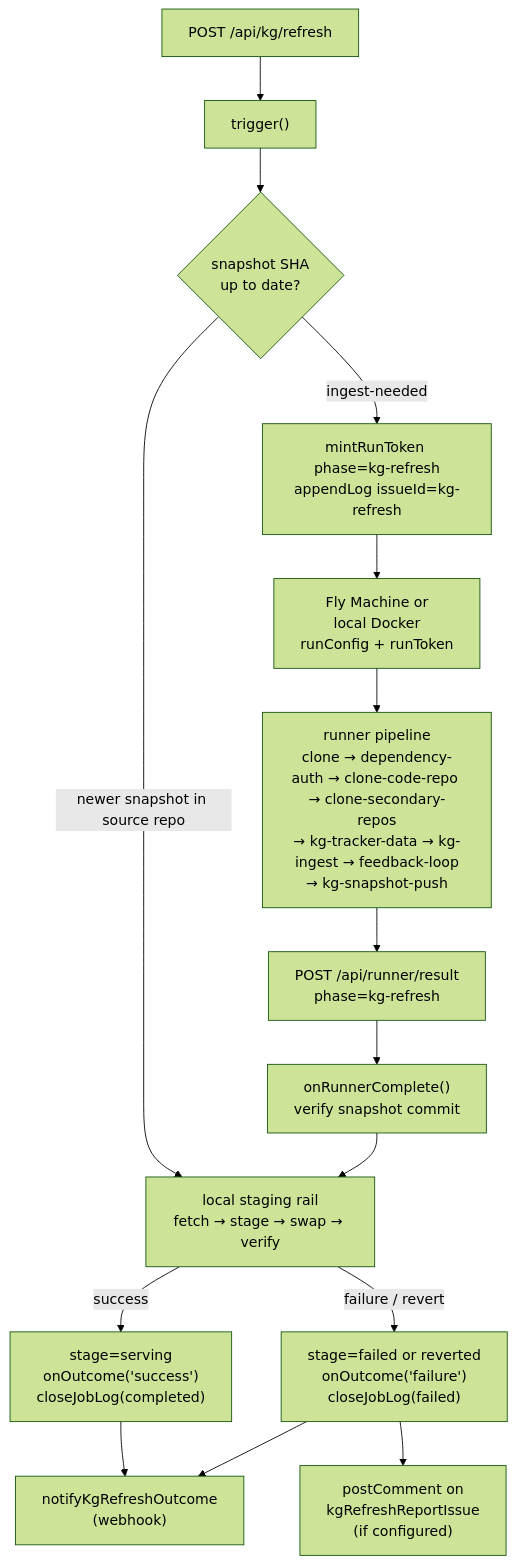
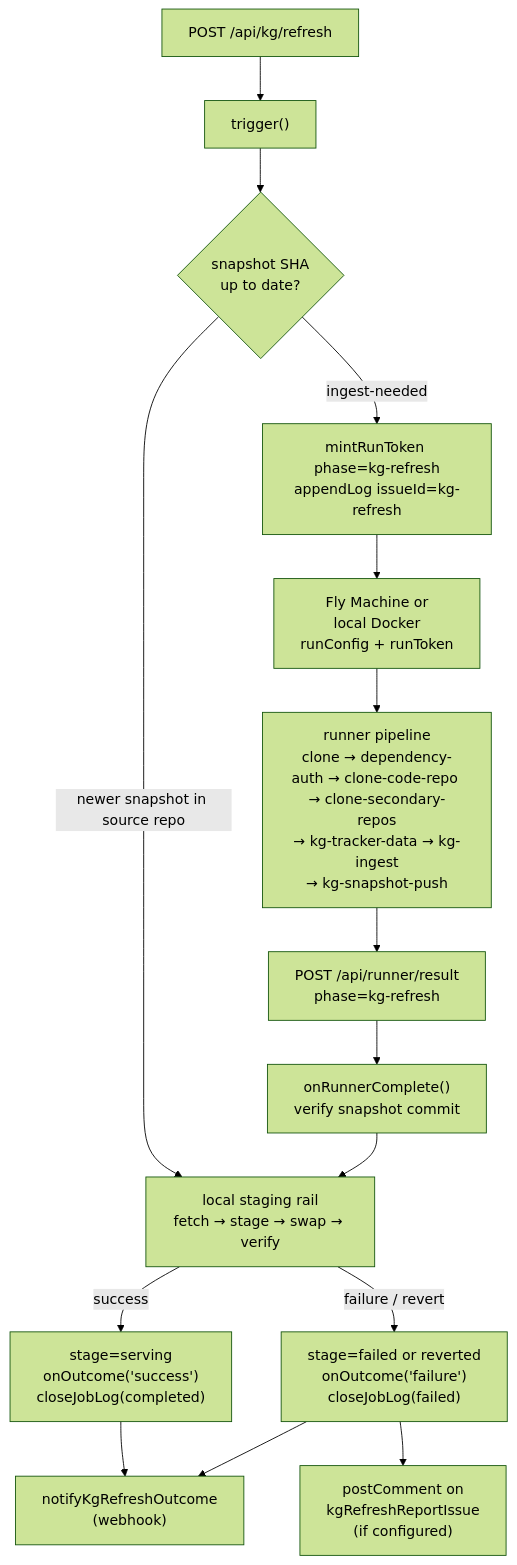
The diagram in docs/issueless-runs.md (BuildDownAI/AI-Implement), drawn with Mermaid (forest theme) before and after one commit. The commit also changed other lines of this file and 5 other files, not shown here.

````diff
--- a/docs/issueless-runs.md
+++ b/docs/issueless-runs.md
@@ -25,17 +25,17 @@
 ```mermaid
 flowchart TD
     A["POST /api/kg/refresh"] --> B["trigger()"]
     B --> C{"snapshot SHA\nup to date?"}
     C -->|"newer snapshot in source repo"| H["local staging rail\nfetch → stage → swap → verify"]
     C -->|"ingest-needed"| D["mintRunToken phase=kg-refresh\nappendLog issueId=kg-refresh"]
     D --> E["Fly Machine or\nlocal Docker\nrunConfig + runToken"]
-    E --> F["runner pipeline\nclone → dependency-auth → clone-code-repo → clone-secondary-repos\n→ kg-tracker-data → kg-ingest → feedback-loop\n→ kg-snapshot-push"]
+    E --> F["runner pipeline\nclone → dependency-auth → clone-code-repo → clone-secondary-repos\n→ kg-tracker-data → kg-ingest\n→ kg-snapshot-push"]
     F --> G["POST /api/runner/result\nphase=kg-refresh"]
     G --> I["onRunnerComplete()\nverify snapshot commit"]
     I --> H
     H -->|"success"| J["stage=serving\nonOutcome('success')\ncloseJobLog(completed)"]
     H -->|"failure / revert"| K["stage=failed or reverted\nonOutcome('failure')\ncloseJobLog(failed)"]
     J --> L["notifyKgRefreshOutcome\n(webhook)"]
     K --> L
     K --> M["postComment on\nkgRefreshReportIssue\n(if configured)"]
 ```
````
